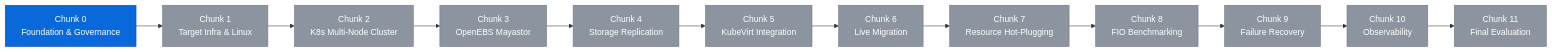
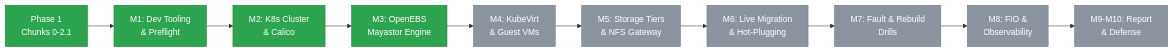
The second of 2 diagrams in README.md (Swapnil220705/k8s-high-performance-storage), drawn with Mermaid before and after one commit. The commit also changed other lines of this file and 10 other files, not shown here.

Commit message:
docs(m3): add Mayastor architecture, networking, and testing docs and sync project state

````diff
--- a/README.md
+++ b/README.md
@@ -240,21 +246,18 @@
 ```mermaid
 flowchart LR
-    C0["Chunk 0<br/>Foundation & Governance"] --> C1["Chunk 1<br/>Target Infra & Linux"]
-    C1 --> C2["Chunk 2<br/>K8s Multi-Node Cluster"]
-    C2 --> C3["Chunk 3<br/>OpenEBS Mayastor"]
-    C3 --> C4["Chunk 4<br/>Storage Replication"]
-    C4 --> C5["Chunk 5<br/>KubeVirt Integration"]
-    C5 --> C6["Chunk 6<br/>Live Migration"]
-    C6 --> C7["Chunk 7<br/>Resource Hot-Plugging"]
-    C7 --> C8["Chunk 8<br/>FIO Benchmarking"]
-    C8 --> C9["Chunk 9<br/>Failure Recovery"]
-    C9 --> C10["Chunk 10<br/>Observability"]
-    C10 --> C11["Chunk 11<br/>Final Evaluation"]
+    P1["Phase 1<br/>Chunks 0-2.1"] --> M1["M1: Dev Tooling<br/>& Preflight"]
+    M1 --> M2["M2: K8s Cluster<br/>& Calico"]
+    M2 --> M3["M3: OpenEBS<br/>Mayastor Engine"]
+    M3 --> M4["M4: KubeVirt<br/>& Guest VMs"]
+    M4 --> M5["M5: Storage Tiers<br/>& NFS Gateway"]
+    M5 --> M6["M6: Live Migration<br/>& Hot-Plugging"]
+    M6 --> M7["M7: Fault & Rebuild<br/>Drills"]
+    M7 --> M8["M8: FIO &<br/>Observability"]
+    M8 --> M9["M9-M10: Report<br/>& Defense"]
 
     classDef done fill:#2da44e,stroke:#1b7c3a,color:#fff;
-    classDef current fill:#0969da,stroke:#0550ae,color:#fff;
     classDef pending fill:#8c959f,stroke:#6e7781,color:#fff;
 
-    class C0 current;
-    class C1,C2,C3,C4,C5,C6,C7,C8,C9,C10,C11 pending;
+    class P1,M1,M2,M3 done;
+    class M4,M5,M6,M7,M8,M9 pending;
 ```
````
